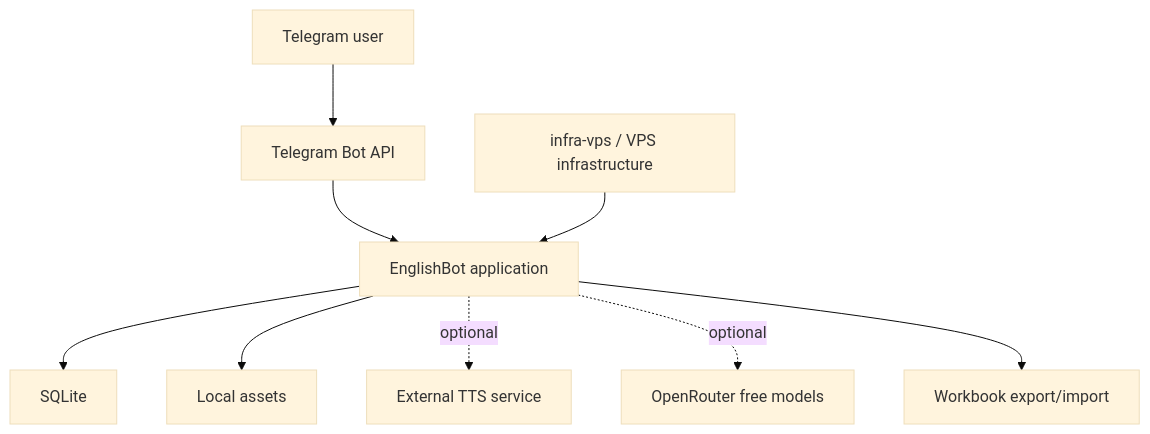
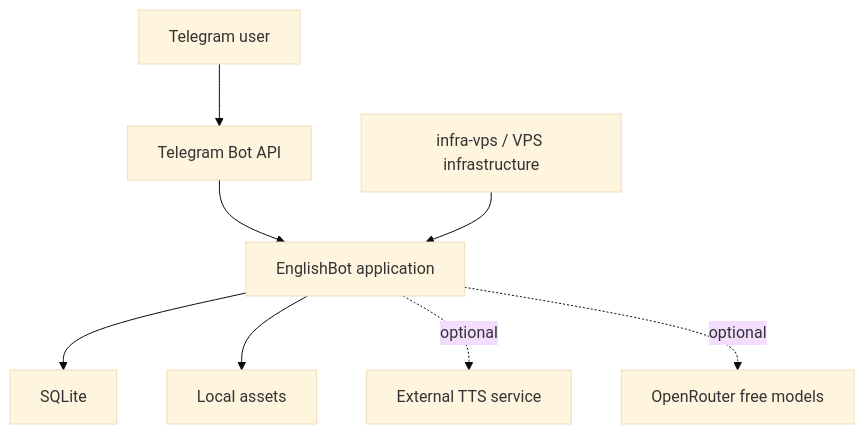
One commit to IavnFGV/EnglishBot-with-agents changed the diagram in README.md. Above: the diagram before and after it, drawn with Mermaid (base theme). The commit also changed other lines of this file and 27 other files, not shown here.

````diff
--- a/README.md
+++ b/README.md
@@ -34,11 +33,10 @@
 ```mermaid
 flowchart TD
     U[Telegram user] --> TG[Telegram Bot API]
     TG --> B[EnglishBot application]
     B --> DB[SQLite]
     B --> AS[Local assets]
     B -. optional .-> TTS[External TTS service]
     B -. optional .-> OR[OpenRouter free models]
-    B --> XLSX[Workbook export/import]
     INFRA[infra-vps / VPS infrastructure] --> B
 ```
````
